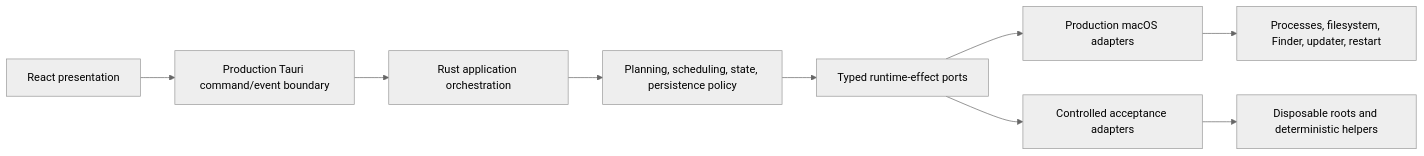
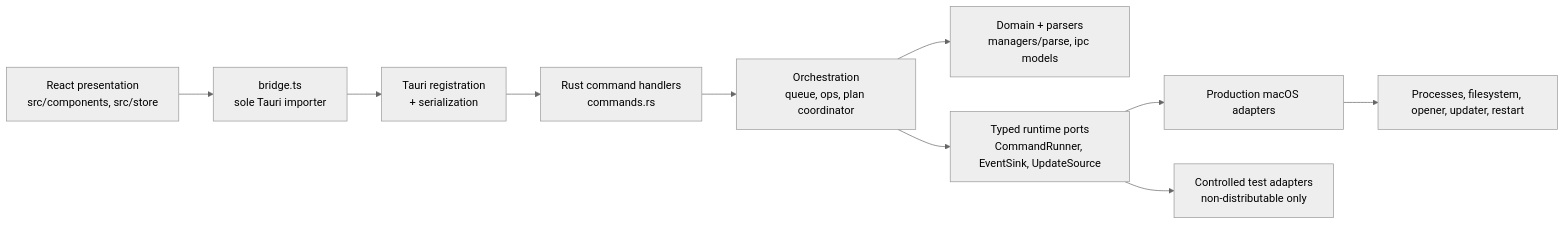
One commit to Sallvainian/Pack-Manager changed the first of 2 diagrams in _bmad-output/planning-artifacts/architecture/architecture-Pack-Manager-2026-07-23/ARCHITECTURE-SPINE.md. Above: the diagram before and after it, drawn with Mermaid (neutral theme). The commit also changed other lines of this file and 13 other files, not shown here.

````diff
--- a/_bmad-output/planning-artifacts/architecture/architecture-Pack-Manager-2026-07-23/ARCHITECTURE-SPINE.md
+++ b/_bmad-output/planning-artifacts/architecture/architecture-Pack-Manager-2026-07-23/ARCHITECTURE-SPINE.md
@@ -55,11 +67,12 @@
 ```mermaid
 flowchart LR
-    UI["React presentation"] --> IPC["Production Tauri command/event boundary"]
-    IPC --> APP["Rust application orchestration"]
-    APP --> DOMAIN["Planning, scheduling, state, persistence policy"]
-    DOMAIN --> PORTS["Typed runtime-effect ports"]
+    UI["React presentation<br/>src/components, src/store"] --> BRIDGE["bridge.ts<br/>sole Tauri importer"]
+    BRIDGE --> IPC["Tauri registration<br/>+ serialization"]
+    IPC --> HANDLERS["Rust command handlers<br/>commands.rs"]
+    HANDLERS --> APP["Orchestration<br/>queue, ops, plan coordinator"]
+    APP --> DOMAIN["Domain + parsers<br/>managers/parse, ipc models"]
+    APP --> PORTS["Typed runtime ports<br/>CommandRunner, EventSink, UpdateSource"]
     PORTS --> PROD["Production macOS adapters"]
-    PORTS --> CONTROLLED["Controlled acceptance adapters"]
-    PROD --> OS["Processes, filesystem, Finder, updater, restart"]
-    CONTROLLED --> FIXTURES["Disposable roots and deterministic helpers"]
+    PORTS --> CTRL["Controlled test adapters<br/>non-distributable only"]
+    PROD --> OS["Processes, filesystem, opener, updater, restart"]
 ```
````
